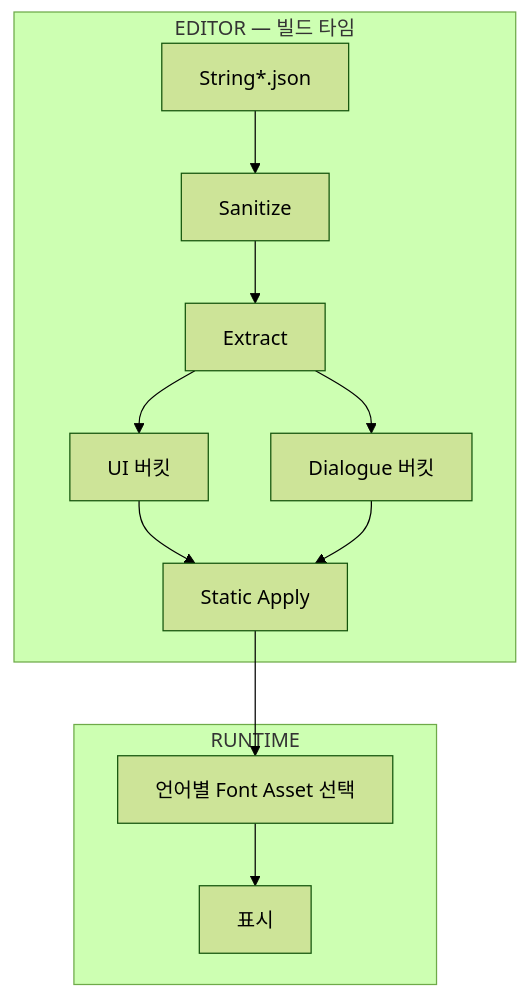
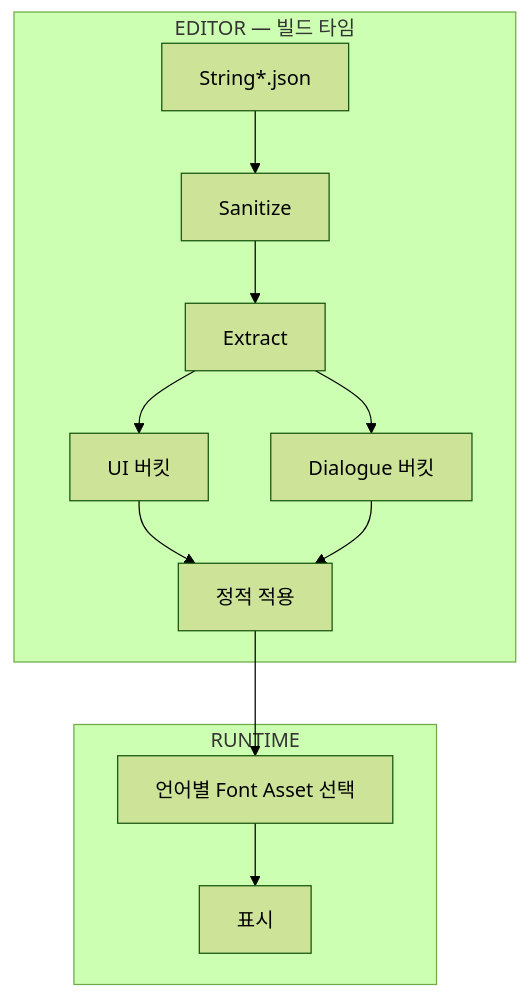
The diagram in notes/tmp-static-font-atlas.md (monet5379/monet5379.github.io), drawn with Mermaid (forest theme) before and after one commit. The commit also changed other lines of this file and 27 other files, not shown here.

````diff
--- a/notes/tmp-static-font-atlas.md
+++ b/notes/tmp-static-font-atlas.md
@@ -59,17 +59,17 @@
 ```mermaid
 flowchart TD
   subgraph EDITOR["EDITOR — 빌드 타임"]
     A["String*.json"] --> B["Sanitize"]
     B --> C["Extract"]
     C --> D["UI 버킷"]
     C --> E["Dialogue 버킷"]
-    D --> F["Static Apply"]
+    D --> F["정적 적용"]
     E --> F
   end
 
   subgraph RUNTIME["RUNTIME"]
     G["언어별 Font Asset 선택"] --> H["표시"]
   end
 
   F --> G
 ```
````
